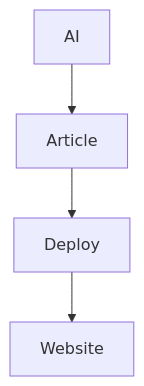
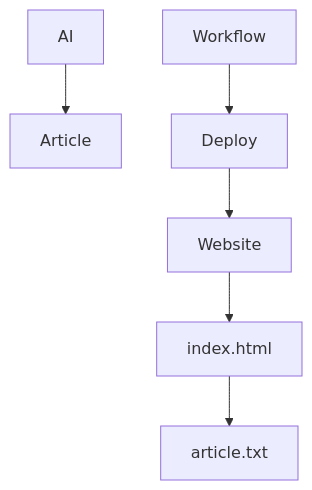
Before and after one commit to itzCozi/The-Daily-Compress: the diagram in README.md, drawn with Mermaid.

````diff
--- a/README.md
+++ b/README.md
@@ -15,6 +15,8 @@
 ```mermaid
   graph TD;
     AI-->Article;
-    Article-->Deploy;
+    Workflow-->Deploy;
     Deploy-->Website;
+    Website-->index.html;
+    index.html-->article.txt
   ```
````
